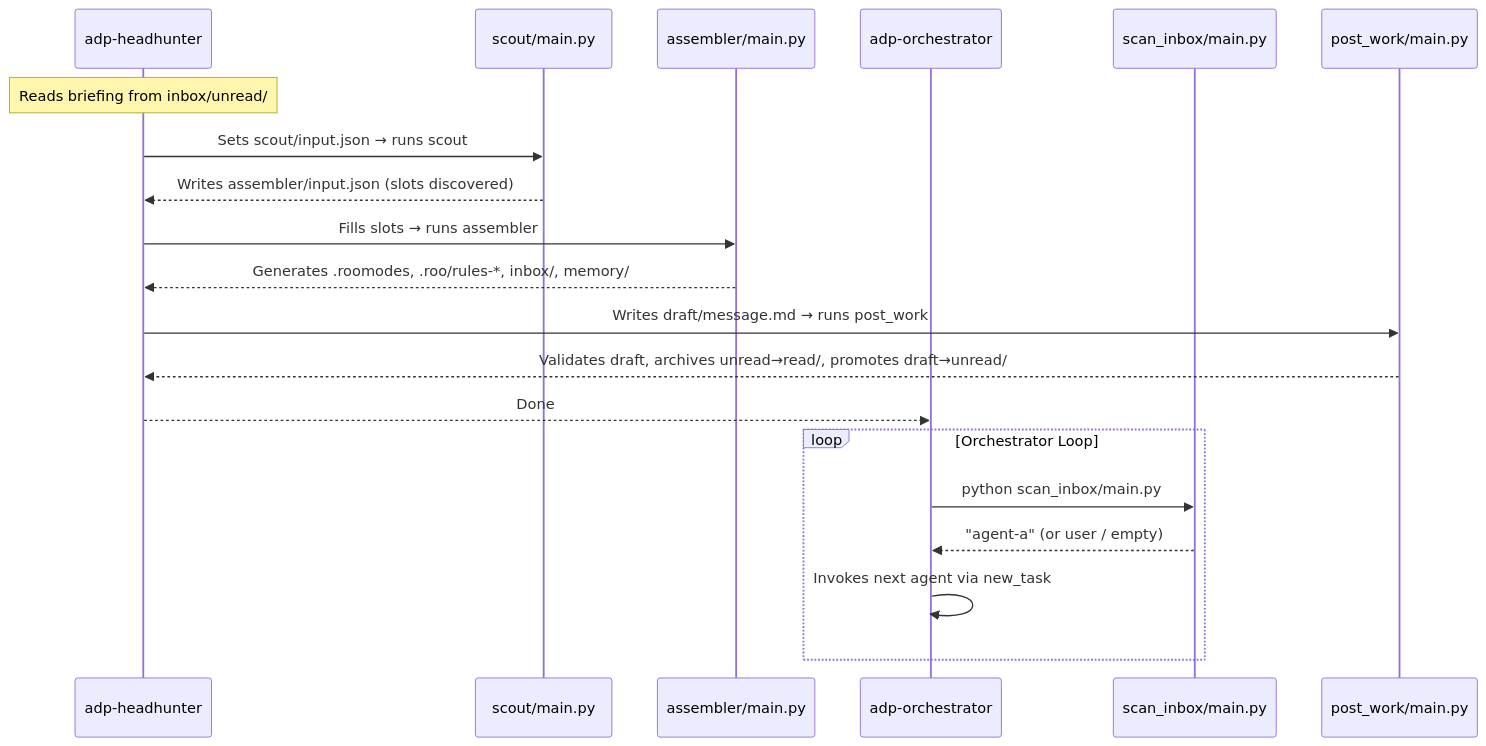
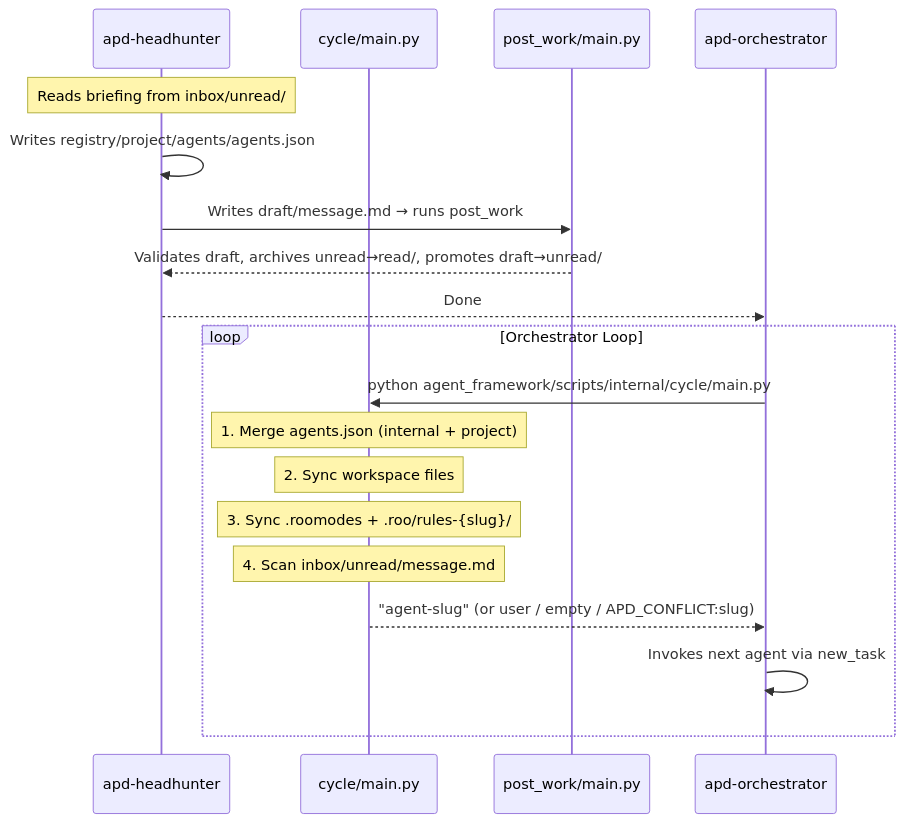
Before and after one commit to Joanoni/autonomous-project-development: the diagram in docs/scripts.md, drawn with Mermaid. The commit also changed other lines of this file and 66 other files, not shown here.

````diff
--- a/docs/scripts.md
+++ b/docs/scripts.md
@@ -223,24 +133,23 @@
 ```mermaid
 sequenceDiagram
-    participant HH as adp-headhunter
-    participant SC as scout/main.py
-    participant AS as assembler/main.py
-    participant OR as adp-orchestrator
-    participant SI as scan_inbox/main.py
+    participant HH as apd-headhunter
+    participant CY as cycle/main.py
     participant PW as post_work/main.py
+    participant OR as apd-orchestrator
 
     Note over HH: Reads briefing from inbox/unread/
-    HH->>SC: Sets scout/input.json → runs scout
-    SC-->>HH: Writes assembler/input.json (slots discovered)
-    HH->>AS: Fills slots → runs assembler
-    AS-->>HH: Generates .roomodes, .roo/rules-*, inbox/, memory/
+    HH->>HH: Writes registry/project/agents/agents.json
     HH->>PW: Writes draft/message.md → runs post_work
     PW-->>HH: Validates draft, archives unread→read/, promotes draft→unread/
     HH-->>OR: Done
 
     loop Orchestrator Loop
-        OR->>SI: python scan_inbox/main.py
-        SI-->>OR: "agent-a" (or user / empty)
+        OR->>CY: python agent_framework/scripts/internal/cycle/main.py
+        Note over CY: 1. Merge agents.json (internal + project)
+        Note over CY: 2. Sync workspace files
+        Note over CY: 3. Sync .roomodes + .roo/rules-{slug}/
+        Note over CY: 4. Scan inbox/unread/message.md
+        CY-->>OR: "agent-slug" (or user / empty / APD_CONFLICT:slug)
         OR->>OR: Invokes next agent via new_task
     end
 ```
````
